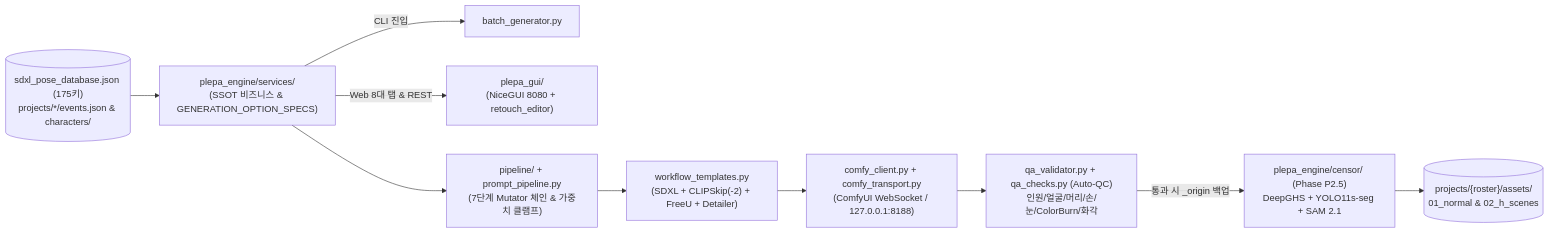
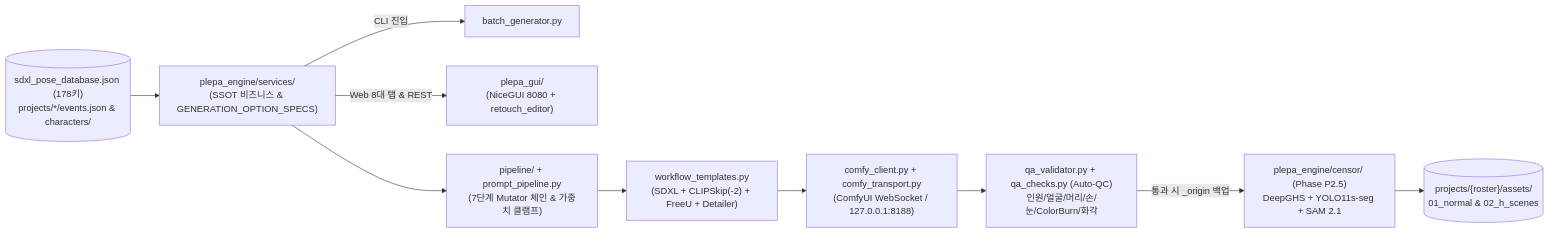
One commit to LeeKyunHo/plepa changed the diagram in docs/플에파_기능명세.md. Above: the diagram before and after it, drawn with Mermaid. The commit also changed other lines of this file and 5 other files, not shown here.

````diff
--- a/docs/플에파_기능명세.md
+++ b/docs/플에파_기능명세.md
@@ -9,12 +9,12 @@
 ```mermaid
 flowchart LR
-    DB[("sdxl_pose_database.json (175키)\nprojects/*/events.json & characters/")] --> Services["plepa_engine/services/\n(SSOT 비즈니스 & GENERATION_OPTION_SPECS)"]
+    DB[("sdxl_pose_database.json (178키)\nprojects/*/events.json & characters/")] --> Services["plepa_engine/services/\n(SSOT 비즈니스 & GENERATION_OPTION_SPECS)"]
     Services -->|"CLI 진입"| CLI["batch_generator.py"]
     Services -->|"Web 8대 탭 & REST"| GUI["plepa_gui/\n(NiceGUI 8080 + retouch_editor)"]
     Services --> Pipeline["pipeline/ + prompt_pipeline.py\n(7단계 Mutator 체인 & 가중치 클램프)"]
     Pipeline --> WF["workflow_templates.py\n(SDXL + CLIPSkip(-2) + FreeU + Detailer)"]
     WF --> Comfy["comfy_client.py + comfy_transport.py\n(ComfyUI WebSocket / 127.0.0.1:8188)"]
     Comfy --> QC["qa_validator.py + qa_checks.py (Auto-QC)\n인원/얼굴/머리/손/눈/ColorBurn/화각"]
     QC -->|"통과 시 _origin 백업"| Censor["plepa_engine/censor/ (Phase P2.5)\nDeepGHS + YOLO11s-seg + SAM 2.1"]
     Censor --> Assets[("projects/{roster}/assets/\n01_normal & 02_h_scenes")]
 ```
````
